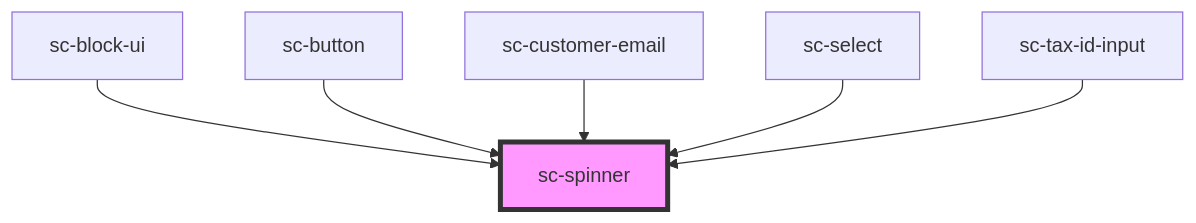
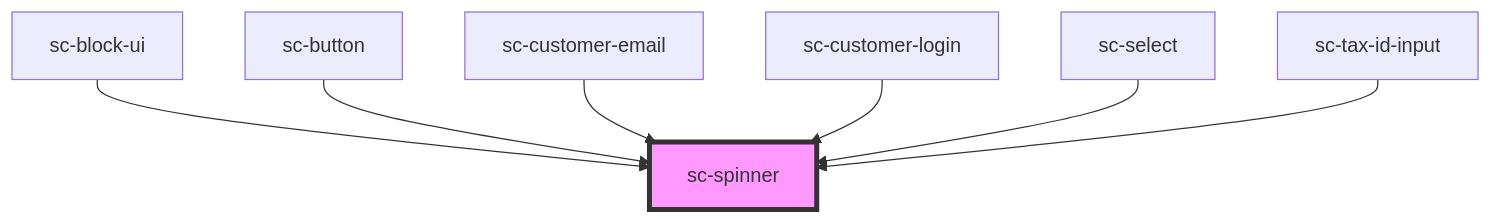
One commit to surecart/surecart-wp-plugin changed the diagram in packages/components/src/components/ui/spinner/readme.md. Above: the diagram before and after it, drawn with Mermaid. The commit also changed other lines of this file and 15 other files, not shown here.

````diff
--- a/packages/components/src/components/ui/spinner/readme.md
+++ b/packages/components/src/components/ui/spinner/readme.md
@@ -33,9 +34,10 @@
 ```mermaid
 graph TD;
   sc-block-ui --> sc-spinner
   sc-button --> sc-spinner
   sc-customer-email --> sc-spinner
+  sc-customer-login --> sc-spinner
   sc-select --> sc-spinner
   sc-tax-id-input --> sc-spinner
   style sc-spinner fill:#f9f,stroke:#333,stroke-width:4px
 ```
````
